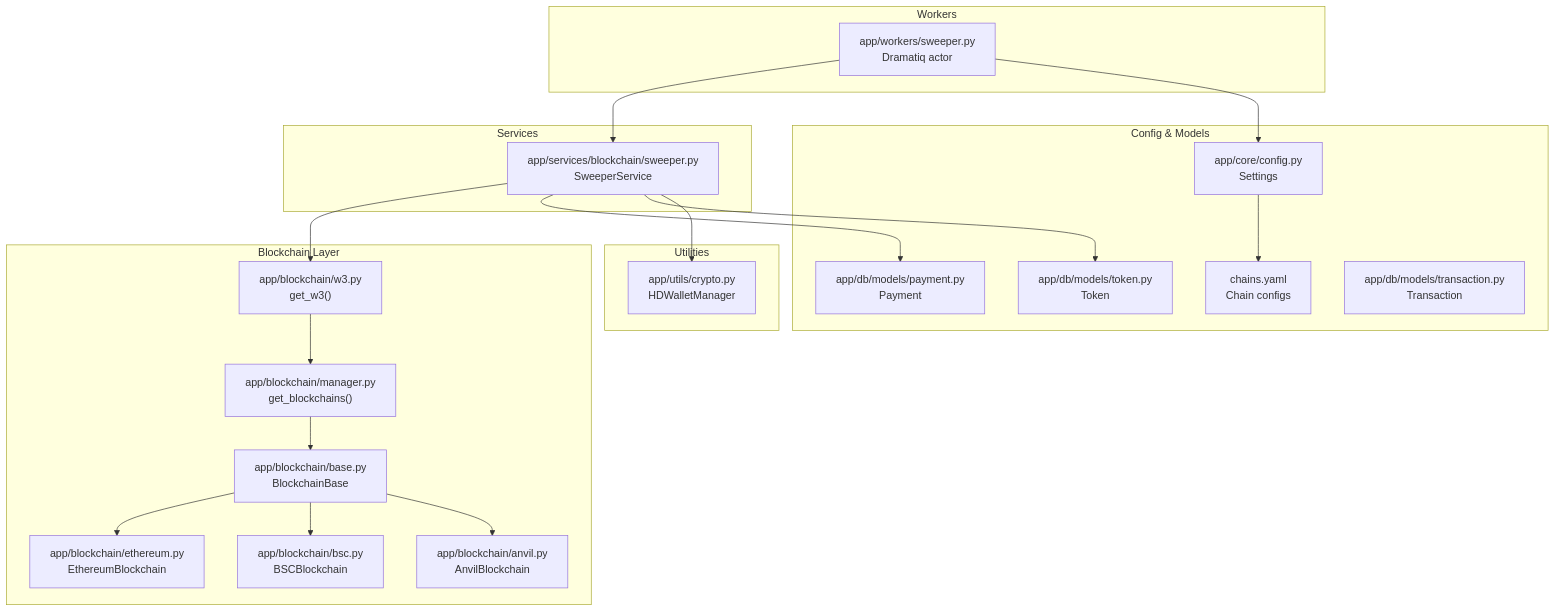
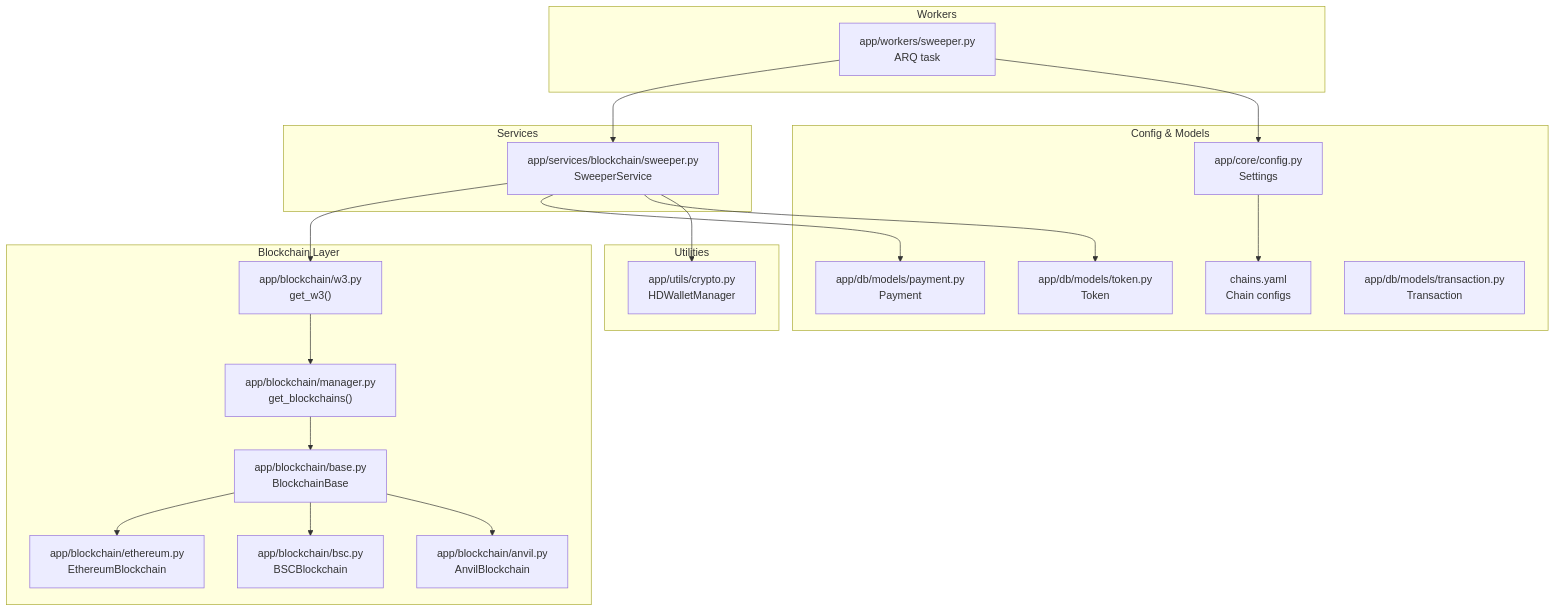
Before and after one commit to rakibhossain72/ctrip-docs: the first of 4 diagrams in docs/background-processing/sweeper-worker.md, drawn with Mermaid. The commit also changed other lines of this file and 25 other files, not shown here.

First line of the commit message:
docs: Update documentation to reflect ARQ task migration from Dramatiq

````diff
--- a/docs/background-processing/sweeper-worker.md
+++ b/docs/background-processing/sweeper-worker.md
@@ -46,39 +46,39 @@
 ```mermaid
 graph TB
 subgraph "Workers"
-W1["app/workers/sweeper.py<br/>Dramatiq actor"]
+W1["app/workers/sweeper.py<br/>ARQ task"]
 end
 subgraph "Services"
 S1["app/services/blockchain/sweeper.py<br/>SweeperService"]
 end
 subgraph "Blockchain Layer"
 B1["app/blockchain/w3.py<br/>get_w3()"]
 B2["app/blockchain/manager.py<br/>get_blockchains()"]
 B3["app/blockchain/base.py<br/>BlockchainBase"]
 B4["app/blockchain/ethereum.py<br/>EthereumBlockchain"]
 B5["app/blockchain/bsc.py<br/>BSCBlockchain"]
 B6["app/blockchain/anvil.py<br/>AnvilBlockchain"]
 end
 subgraph "Config & Models"
 C1["app/core/config.py<br/>Settings"]
 Y1["chains.yaml<br/>Chain configs"]
 T1["app/db/models/token.py<br/>Token"]
 P1["app/db/models/payment.py<br/>Payment"]
 X1["app/db/models/transaction.py<br/>Transaction"]
 end
 subgraph "Utilities"
 U1["app/utils/crypto.py<br/>HDWalletManager"]
 end
 W1 --> S1
 S1 --> B1
 B1 --> B2
 B2 --> B3
 B3 --> B4
 B3 --> B5
 B3 --> B6
 S1 --> P1
 S1 --> T1
 S1 --> U1
 W1 --> C1
 C1 --> Y1
 ```
````
